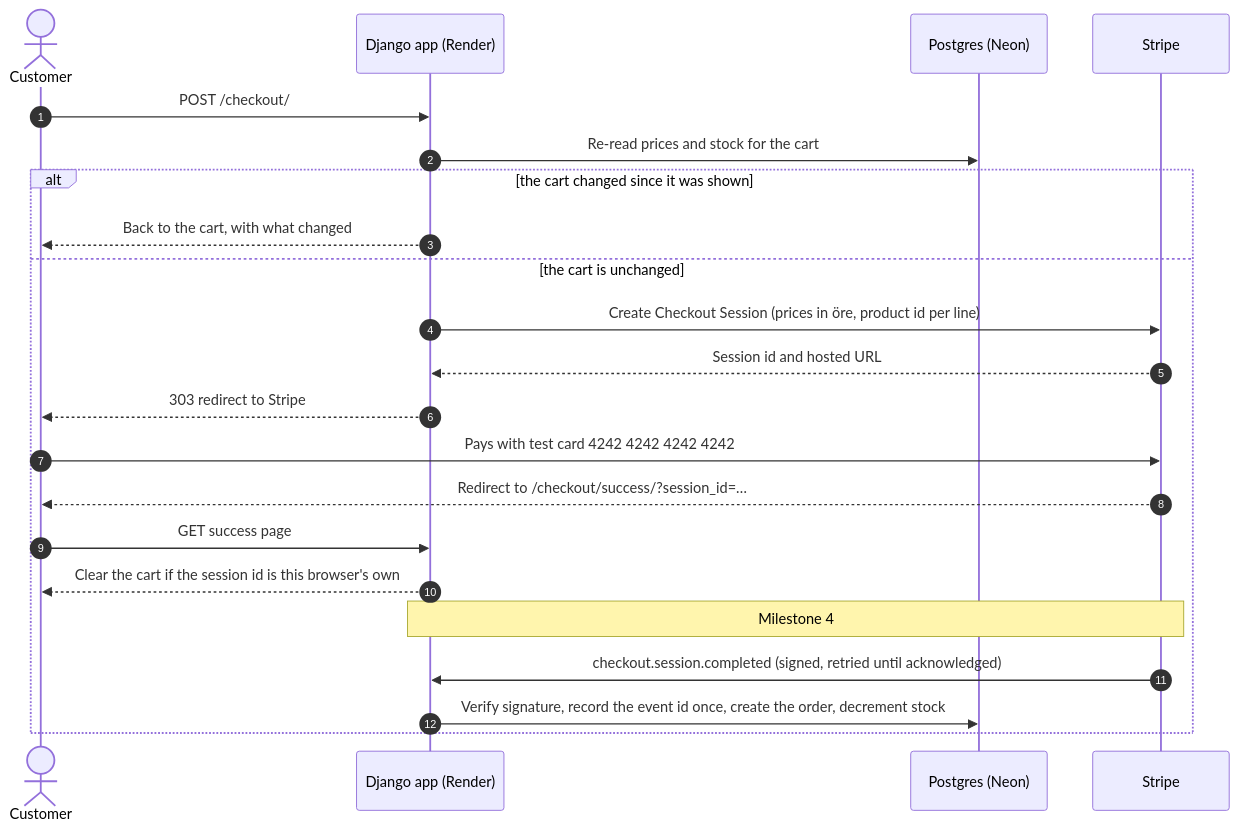
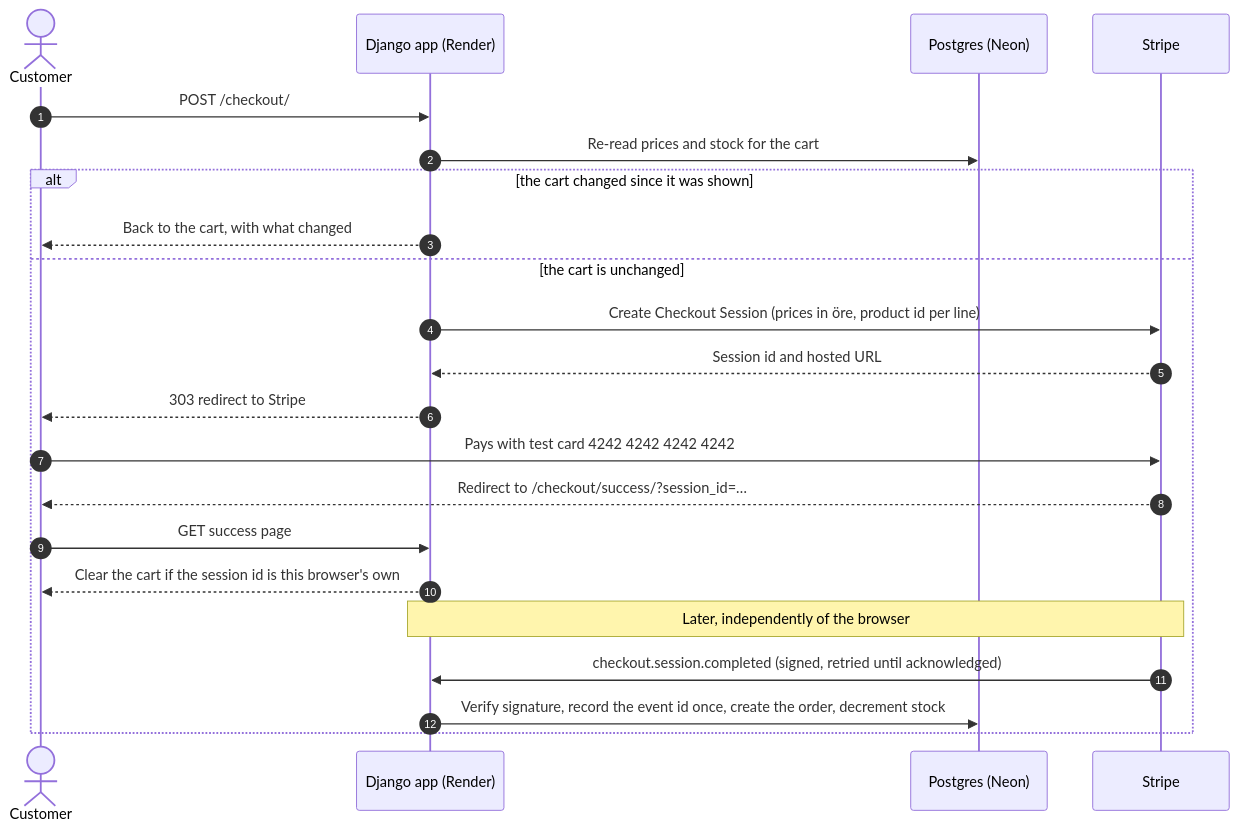
The second of 2 diagrams in README.md (kwagyei/ecommerce-shopfront), drawn with Mermaid before and after one commit. The commit also changed other lines of this file and 1 other file, not shown here.

````diff
--- a/README.md
+++ b/README.md
@@ -64,25 +65,25 @@
 ```mermaid
 sequenceDiagram
     autonumber
     actor C as Customer
     participant A as Django app (Render)
     participant D as Postgres (Neon)
     participant S as Stripe
 
     C->>A: POST /checkout/
     A->>D: Re-read prices and stock for the cart
     alt the cart changed since it was shown
         A-->>C: Back to the cart, with what changed
     else the cart is unchanged
         A->>S: Create Checkout Session (prices in öre, product id per line)
         S-->>A: Session id and hosted URL
         A-->>C: 303 redirect to Stripe
         C->>S: Pays with test card 4242 4242 4242 4242
         S-->>C: Redirect to /checkout/success/?session_id=…
         C->>A: GET success page
         A-->>C: Clear the cart if the session id is this browser's own
-        Note over S,A: Milestone 4
+        Note over S,A: Later, independently of the browser
         S->>A: checkout.session.completed (signed, retried until acknowledged)
         A->>D: Verify signature, record the event id once, create the order, decrement stock
     end
 ```
````
